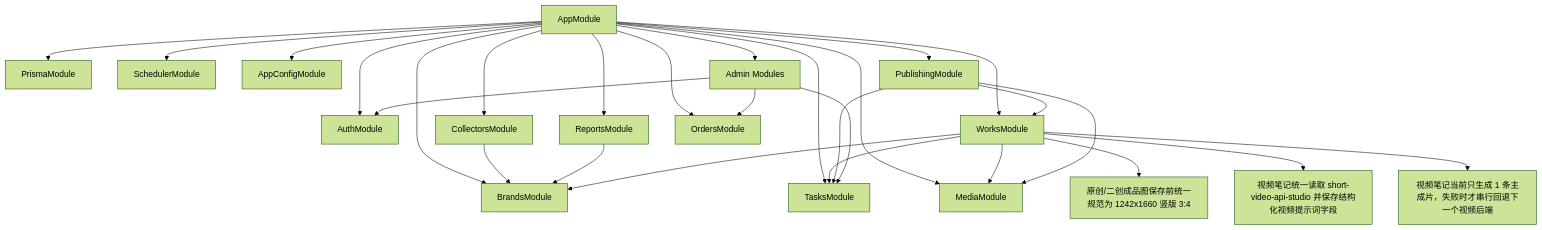
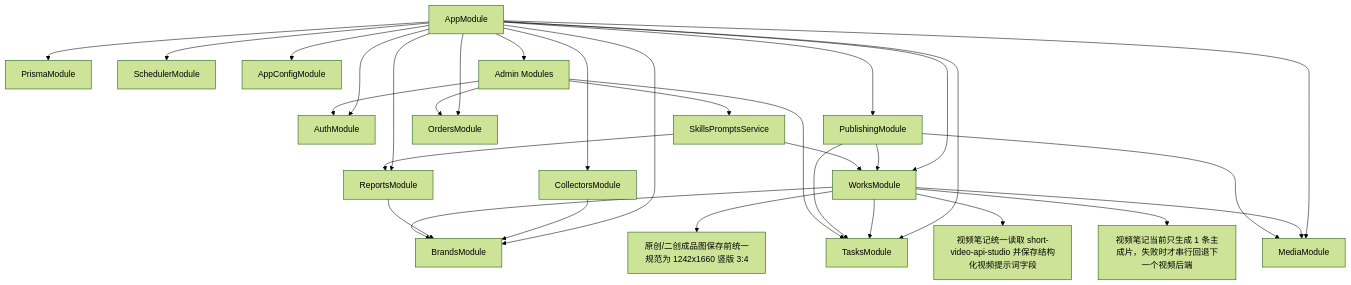
One commit to Depthukesh/ai-omni-ops-system changed the ninth of 11 diagrams in docs/site-map-mermaid.md. Above: the diagram before and after it, drawn with Mermaid (forest theme). The commit also changed other lines of this file and 13 other files, not shown here.

````diff
--- a/docs/site-map-mermaid.md
+++ b/docs/site-map-mermaid.md
@@ -368,33 +371,36 @@
 ```mermaid
 flowchart TD
     App["AppModule"]
     App --> Infra1["PrismaModule"]
     App --> Infra2["SchedulerModule"]
     App --> Infra3["AppConfigModule"]
 
     App --> M1["AuthModule"]
     App --> M2["BrandsModule"]
     App --> M3["CollectorsModule"]
     App --> M4["ReportsModule"]
     App --> M5["WorksModule"]
     App --> M6["PublishingModule"]
     App --> M7["TasksModule"]
     App --> M8["MediaModule"]
     App --> M9["OrdersModule"]
     App --> M10["Admin Modules"]
 
     M3 --> M2
     M4 --> M2
     M5 --> M2
     M5 --> M7
     M5 --> M8
     M5 --> M51["原创/二创成品图保存前统一规范为 1242x1660 竖版 3:4"]
     M5 --> M52["视频笔记统一读取 short-video-api-studio 并保存结构化视频提示词字段"]
     M5 --> M53["视频笔记当前只生成 1 条主成片，失败时才串行回退下一个视频后端"]
     M6 --> M5
     M6 --> M7
     M6 --> M8
     M10 --> M9
     M10 --> M1
     M10 --> M7
+    M10 --> M11["SkillsPromptsService"]
+    M11 --> M4
+    M11 --> M5
 ```
````
